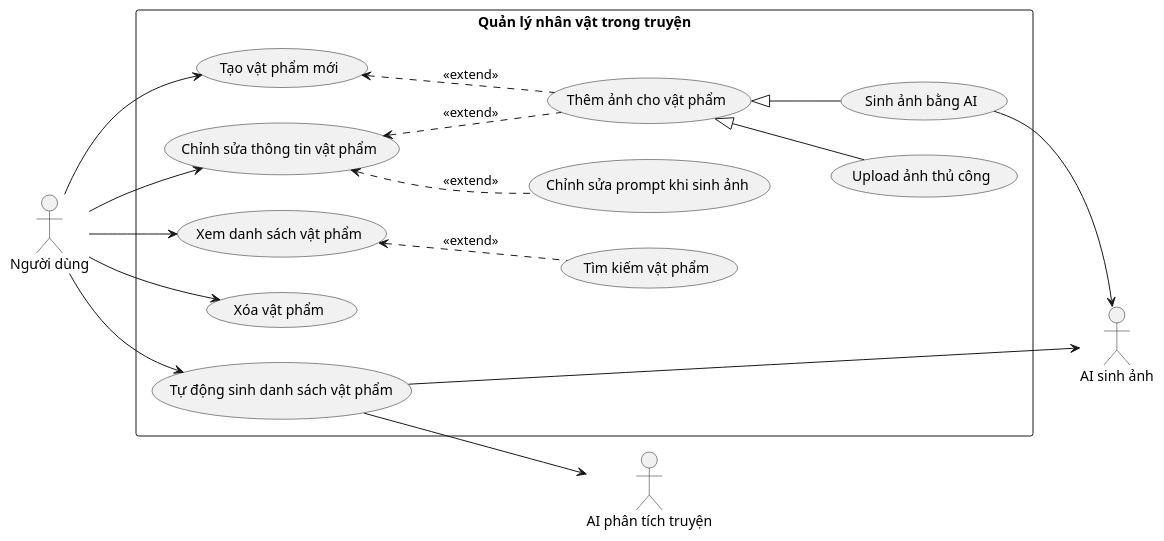
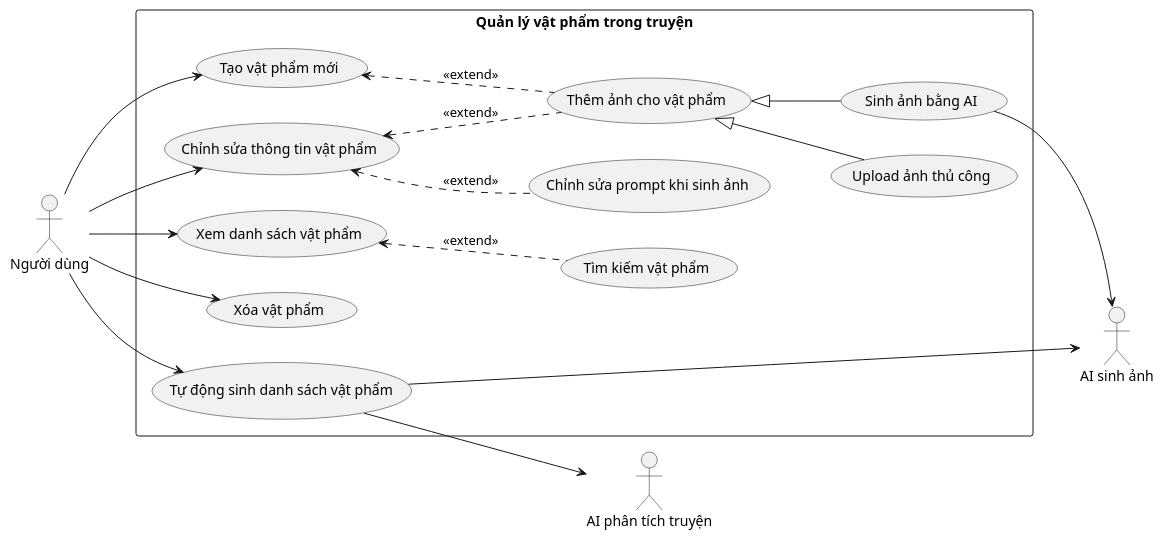
Before and after one commit to 202416852-anhpv/story2video-docs: the diagram in docs/bieu-do-uc/bieu-do-uc-chi-tiet/setup/xay-dung-the-gioi-truyen/quan-ly-vat-pham.puml, drawn with PlantUML. The commit also changed 3 other files, not shown here.

```diff
--- a/docs/bieu-do-uc/bieu-do-uc-chi-tiet/setup/xay-dung-the-gioi-truyen/quan-ly-vat-pham.puml
+++ b/docs/bieu-do-uc/bieu-do-uc-chi-tiet/setup/xay-dung-the-gioi-truyen/quan-ly-vat-pham.puml
@@ -1,37 +1,37 @@
-@startuml quan-ly-nhan-vat
+@startuml quan-ly-vat-pham
 left to right direction
 
 actor "Người dùng" as User
 actor "AI sinh ảnh" as AI_IMG
 actor "AI phân tích truyện" as AI_LLM
 
-rectangle "Quản lý nhân vật trong truyện" {
+rectangle "Quản lý vật phẩm trong truyện" {
     usecase "Tạo vật phẩm mới" as UC_01
     usecase "Chỉnh sửa thông tin vật phẩm" as UC_02
     usecase "Xem danh sách vật phẩm" as UC_03
     usecase "Xóa vật phẩm" as UC_04
     usecase "Tìm kiếm vật phẩm" as UC_05
     usecase "Thêm ảnh cho vật phẩm" as UC_06
     usecase "Upload ảnh thủ công" as UC_07
     usecase "Sinh ảnh bằng AI" as UC_08
     usecase "Tự động sinh danh sách vật phẩm" as UC_09
     usecase "Chỉnh sửa prompt khi sinh ảnh" as UC_10
 }
 
 User --> UC_01
 User --> UC_02
 User --> UC_03
 User --> UC_04
 User --> UC_09
 UC_09 --> AI_IMG
 UC_09 --> AI_LLM
 UC_08 --> AI_IMG
 
 UC_03 <.. UC_05 : <<extend>>
 UC_01 <.. UC_06 : <<extend>>
 UC_02 <.. UC_06 : <<extend>>
 UC_02 <.. UC_10 : <<extend>>
 UC_06 <|-- UC_07
 UC_06 <|-- UC_08
 
 @enduml
```
